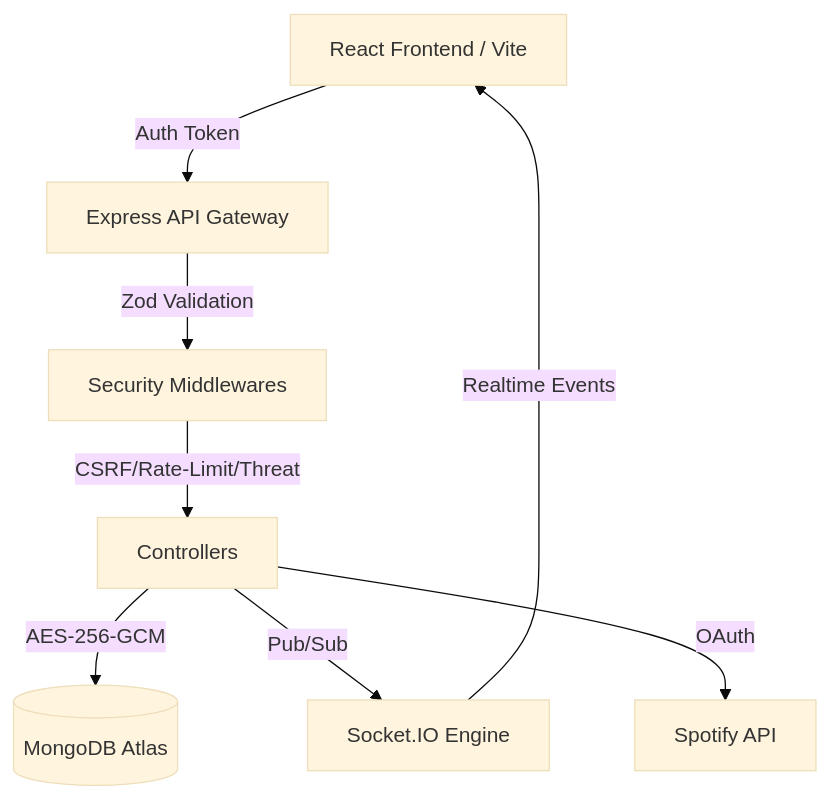
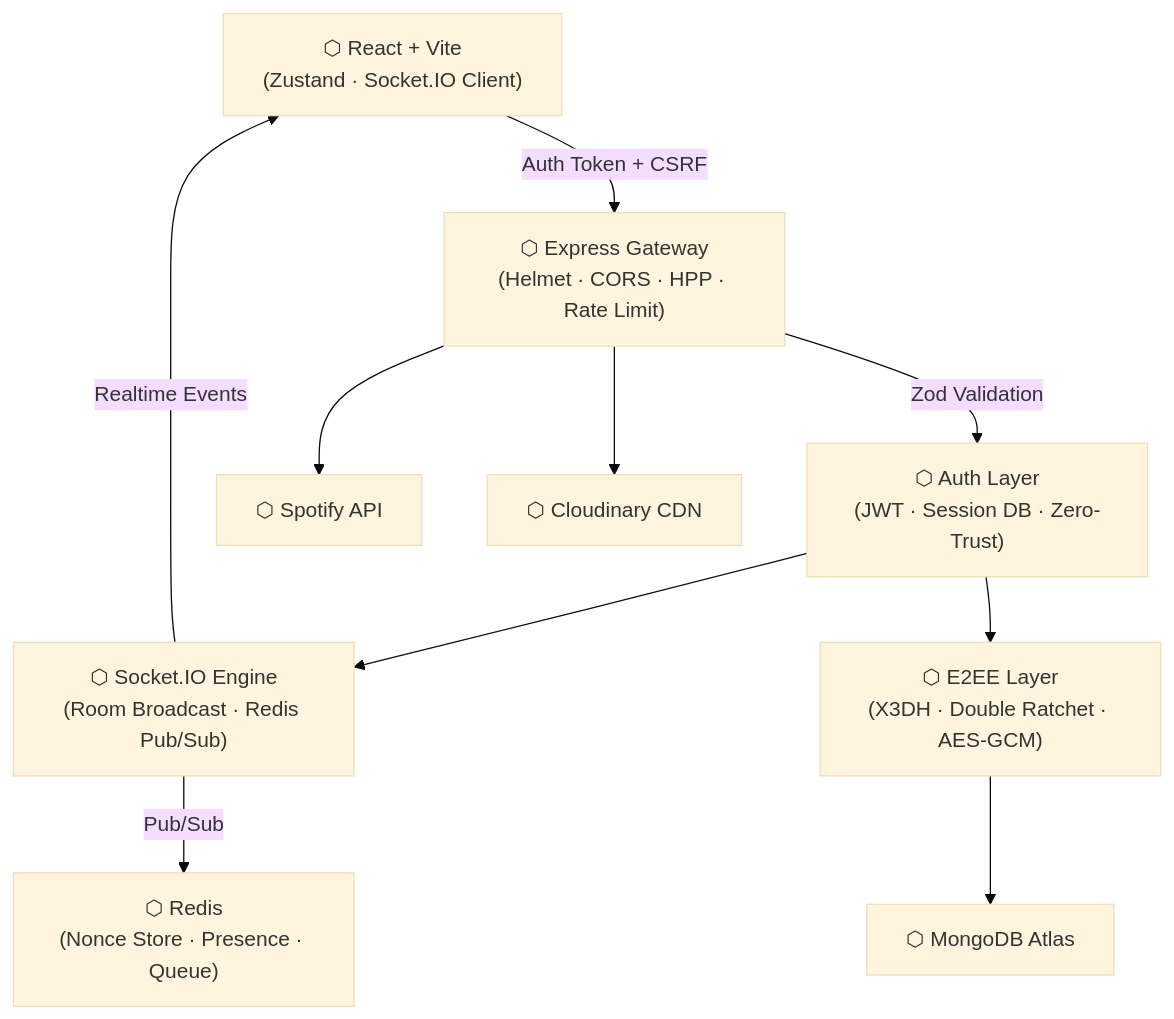
Before and after one commit to AagoshRajSri/Orbit: the diagram in README.md, drawn with Mermaid (base theme). The commit also changed other lines of this file, not shown here.

````diff
--- a/README.md
+++ b/README.md
@@ -89,10 +118,22 @@
 ```mermaid
 graph TD
-    Client[React Frontend / Vite] -->|Auth Token| Gateway[Express API Gateway]
-    Gateway -->|Zod Validation| Middleware[Security Middlewares]
-    Middleware -->|CSRF/Rate-Limit/Threat| Controller[Controllers]
-    Controller -->|AES-256-GCM| MongoDB[(MongoDB Atlas)]
-    Controller -->|Pub/Sub| Socket[Socket.IO Engine]
+    Client["⬡ React + Vite\n(Zustand · Socket.IO Client)"]
+    Gateway["⬡ Express Gateway\n(Helmet · CORS · HPP · Rate Limit)"]
+    Auth["⬡ Auth Layer\n(JWT · Session DB · Zero-Trust)"]
+    Socket["⬡ Socket.IO Engine\n(Room Broadcast · Redis Pub/Sub)"]
+    Crypto["⬡ E2EE Layer\n(X3DH · Double Ratchet · AES-GCM)"]
+    DB["⬡ MongoDB Atlas"]
+    Redis["⬡ Redis\n(Nonce Store · Presence · Queue)"]
+    Spotify["⬡ Spotify API"]
+    CDN["⬡ Cloudinary CDN"]
+
+    Client -->|Auth Token + CSRF| Gateway
+    Gateway -->|Zod Validation| Auth
+    Auth --> Socket
+    Auth --> Crypto
+    Crypto --> DB
+    Socket -->|Pub/Sub| Redis
     Socket -->|Realtime Events| Client
-    Controller -->|OAuth| Spotify[Spotify API]
+    Gateway --> Spotify
+    Gateway --> CDN
 ```
````
